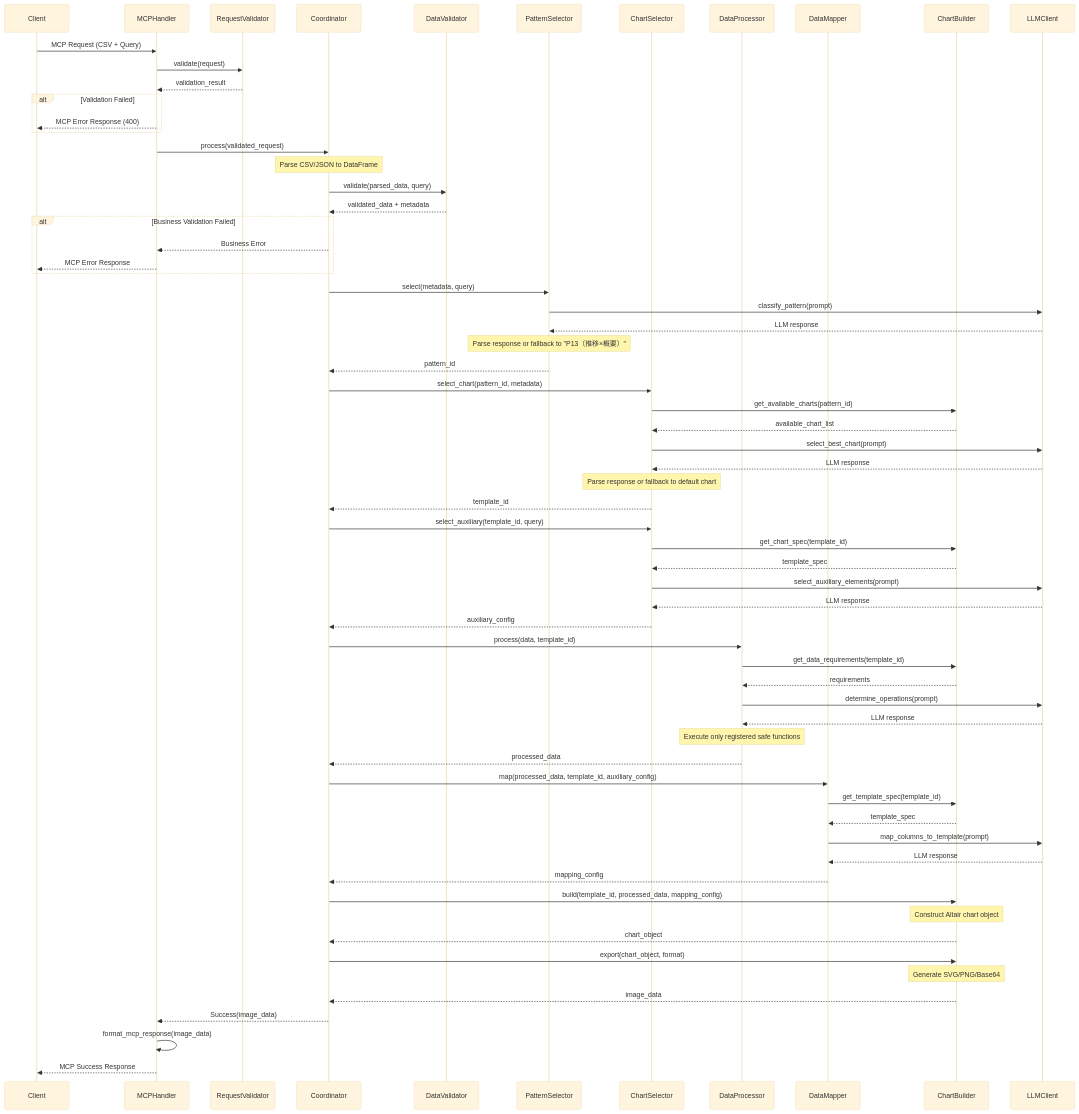
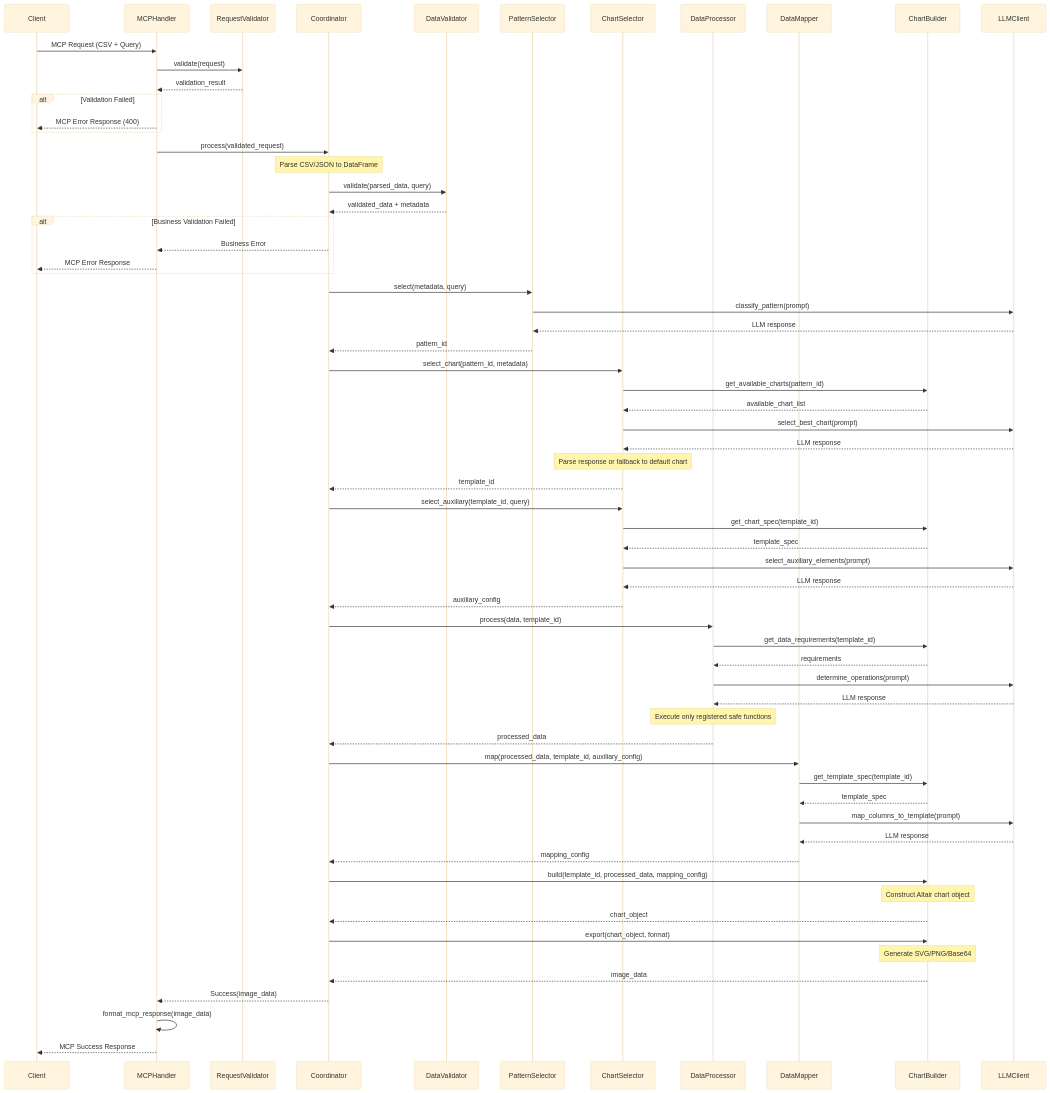
Before and after one commit to sog4be/chartelier: the second of 2 diagrams in docs/design.md, drawn with Mermaid (base theme). The commit also changed other lines of this file and 5 other files, not shown here.

First line of the commit message:
refactor: change PatternSelector failure handling from fallback to error

```diff
--- a/docs/design.md
+++ b/docs/design.md
@@ -449,7 +449,6 @@
     Coordinator->>PatternSelector: select(metadata, query)
     PatternSelector->>LLMClient: classify_pattern(prompt)
     LLMClient-->>PatternSelector: LLM response
-    Note over PatternSelector: Parse response or fallback to "P13（推移×概要）"
     PatternSelector-->>Coordinator: pattern_id
 
     %% 6. Chart Type Selection
```
